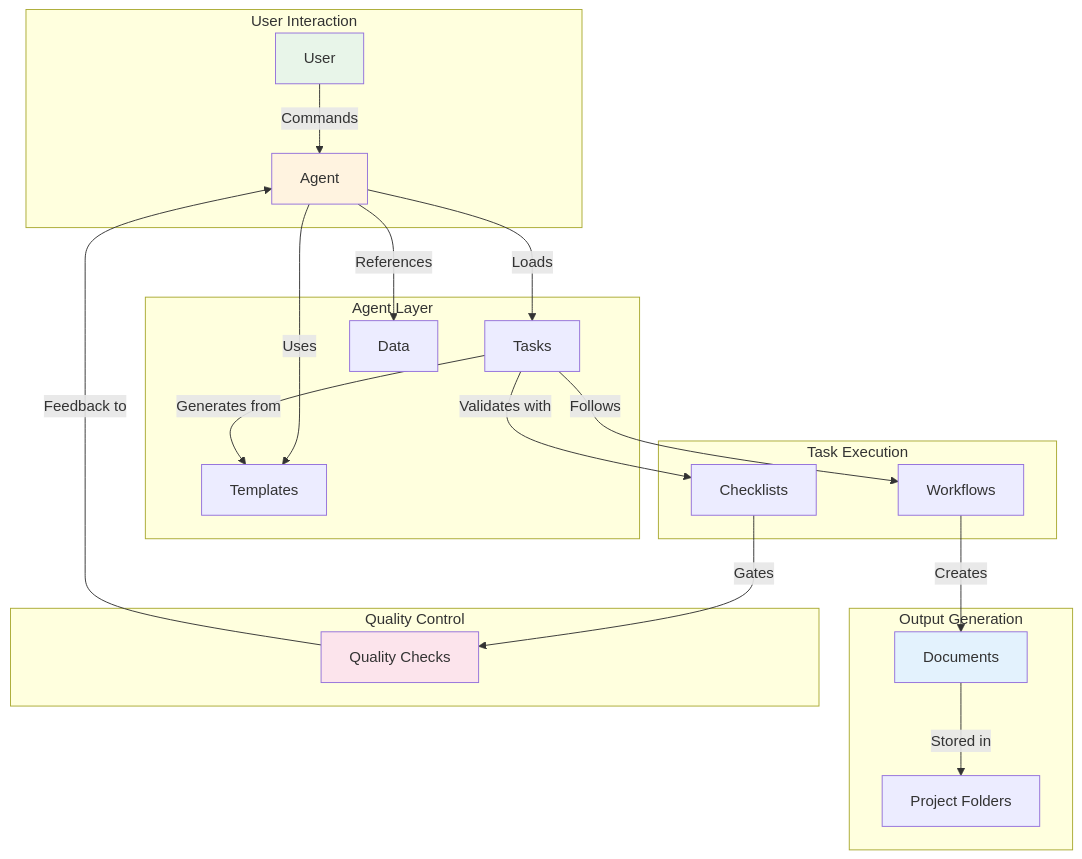
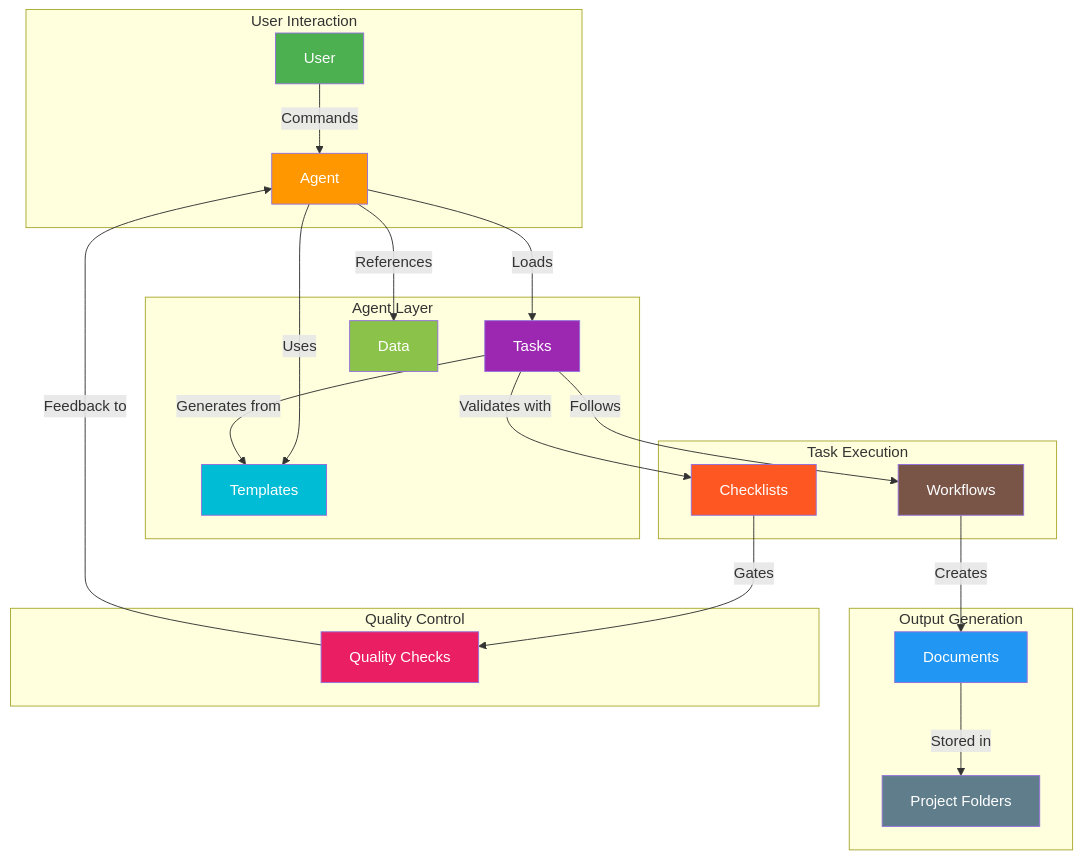
The first of 2 diagrams in README.md (jakreymyers/agentic-engineer), drawn with Mermaid before and after one commit. The commit also changed other lines of this file, not shown here.

````diff
--- a/README.md
+++ b/README.md
@@ -479,33 +547,39 @@
 ```mermaid
 graph TD
     subgraph "User Interaction"
         U[User] -->|Commands| A[Agent]
     end
 
     subgraph "Agent Layer"
         A -->|Loads| T[Tasks]
         A -->|Uses| TM[Templates]
         A -->|References| D[Data]
     end
 
     subgraph "Task Execution"
         T -->|Generates from| TM
         T -->|Validates with| C[Checklists]
         T -->|Follows| W[Workflows]
     end
 
     subgraph "Output Generation"
         W -->|Creates| O[Documents]
         O -->|Stored in| F[Project Folders]
     end
 
     subgraph "Quality Control"
         C -->|Gates| Q[Quality Checks]
         Q -->|Feedback to| A
     end
 
-    style U fill:#e8f5e9
-    style A fill:#fff3e0
-    style O fill:#e3f2fd
-    style Q fill:#fce4ec
+    style U fill:#4CAF50,color:#fff
+    style A fill:#FF9800,color:#fff
+    style O fill:#2196F3,color:#fff
+    style Q fill:#E91E63,color:#fff
+    style T fill:#9C27B0,color:#fff
+    style TM fill:#00BCD4,color:#fff
+    style D fill:#8BC34A,color:#fff
+    style C fill:#FF5722,color:#fff
+    style W fill:#795548,color:#fff
+    style F fill:#607D8B,color:#fff
 ```
````
